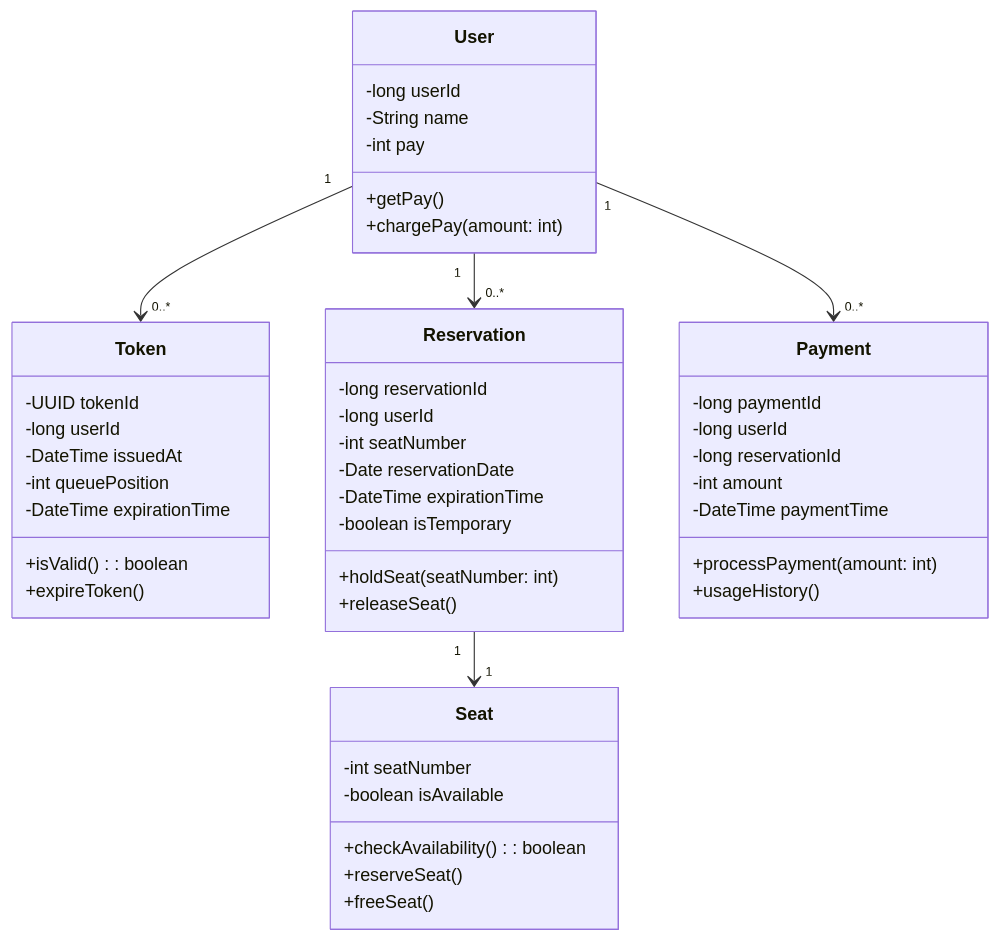
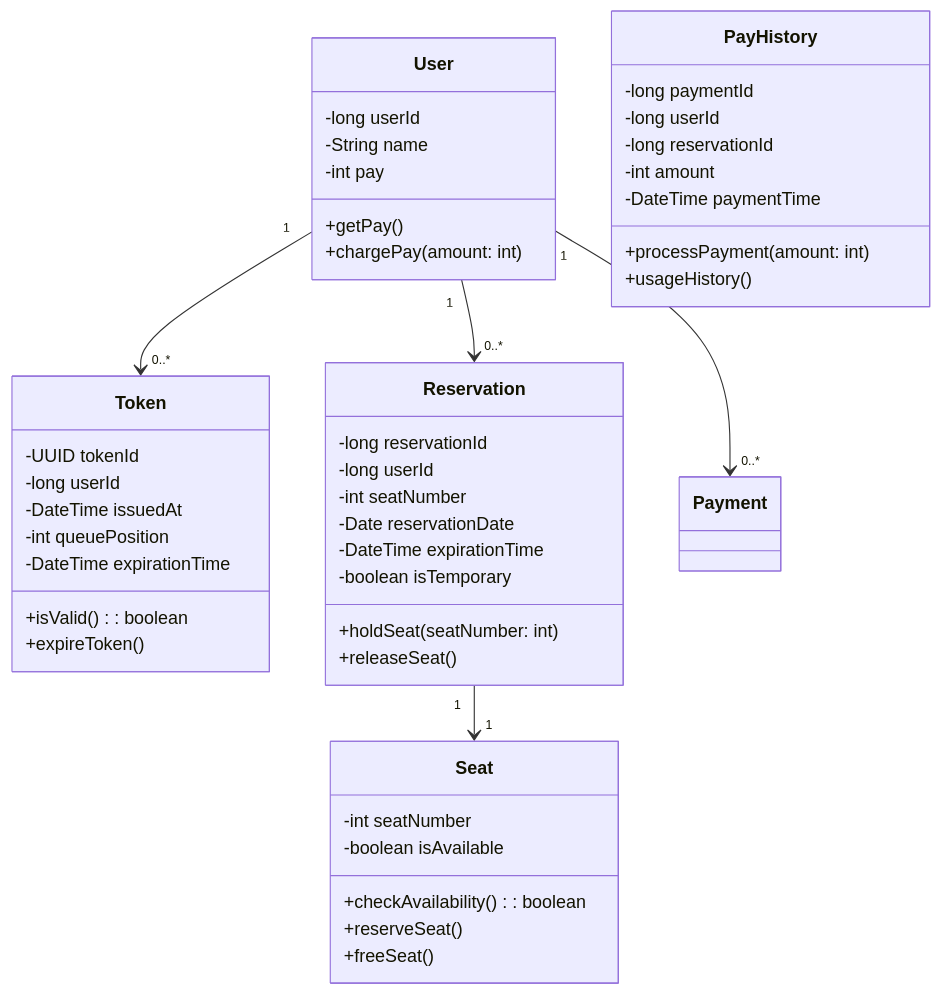
The second of 3 diagrams in README.md (fatallinverno/hhplus-concert-reservation), drawn with Mermaid before and after one commit.

Commit message:
클래스 다이어그램 명칭 변경

````diff
--- a/README.md
+++ b/README.md
@@ -36,54 +36,54 @@
 ```mermaid
 classDiagram
     class User {
         -long userId
         -String name
         -int pay
         +getPay()
         +chargePay(amount: int)
     }
     
     class Token {
         -UUID tokenId
         -long userId
         -DateTime issuedAt
         -int queuePosition
         -DateTime expirationTime
         +isValid(): boolean
         +expireToken()
     }
     
     class Reservation {
         -long reservationId
         -long userId
         -int seatNumber
         -Date reservationDate
         -DateTime expirationTime
         -boolean isTemporary
         +holdSeat(seatNumber: int)
         +releaseSeat()
     }
     
-    class Payment {
+    class PayHistory {
         -long paymentId
         -long userId
         -long reservationId
         -int amount
         -DateTime paymentTime
         +processPayment(amount: int)
         +usageHistory()
     }
     
     class Seat {
         -int seatNumber
         -boolean isAvailable
         +checkAvailability(): boolean
         +reserveSeat()
         +freeSeat()
     }
 
     User "1" --> "0..*" Token
     User "1" --> "0..*" Reservation
     User "1" --> "0..*" Payment
     Reservation "1" --> "1" Seat
 ```
````
